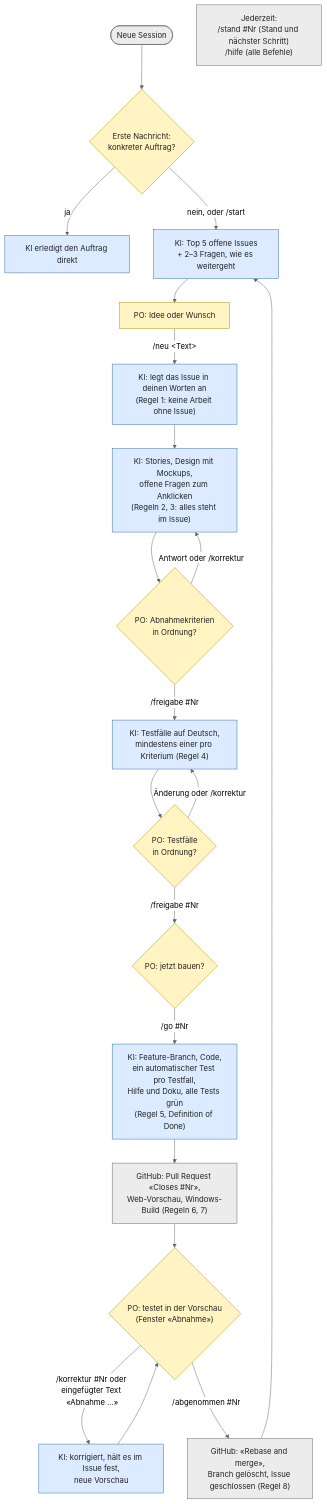
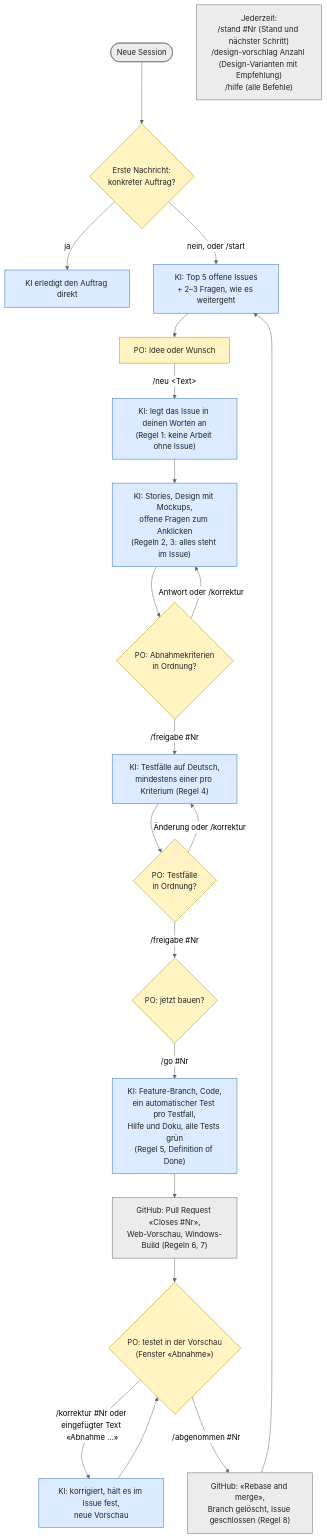
Before and after one commit to goerks/GetThingsDone: the diagram in docs/working-mode.md, drawn with Mermaid (neutral theme). The commit also changed other lines of this file and 3 other files, not shown here.

First line of the commit message:
Add /design-vorschlag skill for rated design variants with recommendation (#52)

````diff
--- a/docs/working-mode.md
+++ b/docs/working-mode.md
@@ -15,30 +15,30 @@
 ```mermaid
 flowchart TD
   S(["Neue Session"]) --> Q{"Erste Nachricht:<br/>konkreter Auftrag?"}
   Q -- "ja" --> T["KI erledigt den Auftrag direkt"]
   Q -- "nein, oder /start" --> START["KI: Top 5 offene Issues<br/>+ 2–3 Fragen, wie es weitergeht"]
   START --> IDEA["PO: Idee oder Wunsch"]
   IDEA -- "/neu &lt;Text&gt;" --> ISSUE["KI: legt das Issue in deinen Worten an<br/>(Regel 1: keine Arbeit ohne Issue)"]
   ISSUE --> REFINE["KI: Stories, Design mit Mockups,<br/>offene Fragen zum Anklicken<br/>(Regeln 2, 3: alles steht im Issue)"]
   REFINE --> AC{"PO: Abnahmekriterien<br/>in Ordnung?"}
   AC -- "Antwort oder /korrektur" --> REFINE
   AC -- "/freigabe #Nr" --> TC["KI: Testfälle auf Deutsch,<br/>mindestens einer pro Kriterium (Regel 4)"]
   TC --> TCOK{"PO: Testfälle<br/>in Ordnung?"}
   TCOK -- "Änderung oder /korrektur" --> TC
   TCOK -- "/freigabe #Nr" --> GO{"PO: jetzt bauen?"}
   GO -- "/go #Nr" --> BUILD["KI: Feature-Branch, Code,<br/>ein automatischer Test pro Testfall,<br/>Hilfe und Doku, alle Tests grün<br/>(Regel 5, Definition of Done)"]
   BUILD --> PR["GitHub: Pull Request «Closes #Nr»,<br/>Web-Vorschau, Windows-Build (Regeln 6, 7)"]
   PR --> CHECK{"PO: testet in der Vorschau<br/>(Fenster «Abnahme»)"}
   CHECK -- "/korrektur #Nr oder eingefügter Text «Abnahme …»" --> FIX["KI: korrigiert, hält es im Issue fest,<br/>neue Vorschau"]
   FIX --> CHECK
   CHECK -- "/abgenommen #Nr" --> MERGE["GitHub: «Rebase and merge»,<br/>Branch gelöscht, Issue geschlossen (Regel 8)"]
   MERGE --> START
-  ANY["Jederzeit:<br/>/stand #Nr (Stand und nächster Schritt)<br/>/hilfe (alle Befehle)"]
+  ANY["Jederzeit:<br/>/stand #Nr (Stand und nächster Schritt)<br/>/design-vorschlag Anzahl (Design-Varianten mit Empfehlung)<br/>/hilfe (alle Befehle)"]
 
   classDef po fill:#fff4c2,stroke:#b38f00,color:#222
   classDef ai fill:#dcebff,stroke:#2f6fb3,color:#222
   classDef gh fill:#ececec,stroke:#666,color:#222
   class Q,IDEA,AC,TCOK,GO,CHECK po
   class T,START,ISSUE,REFINE,TC,BUILD,FIX ai
   class S,PR,MERGE,ANY gh
 ```
````
